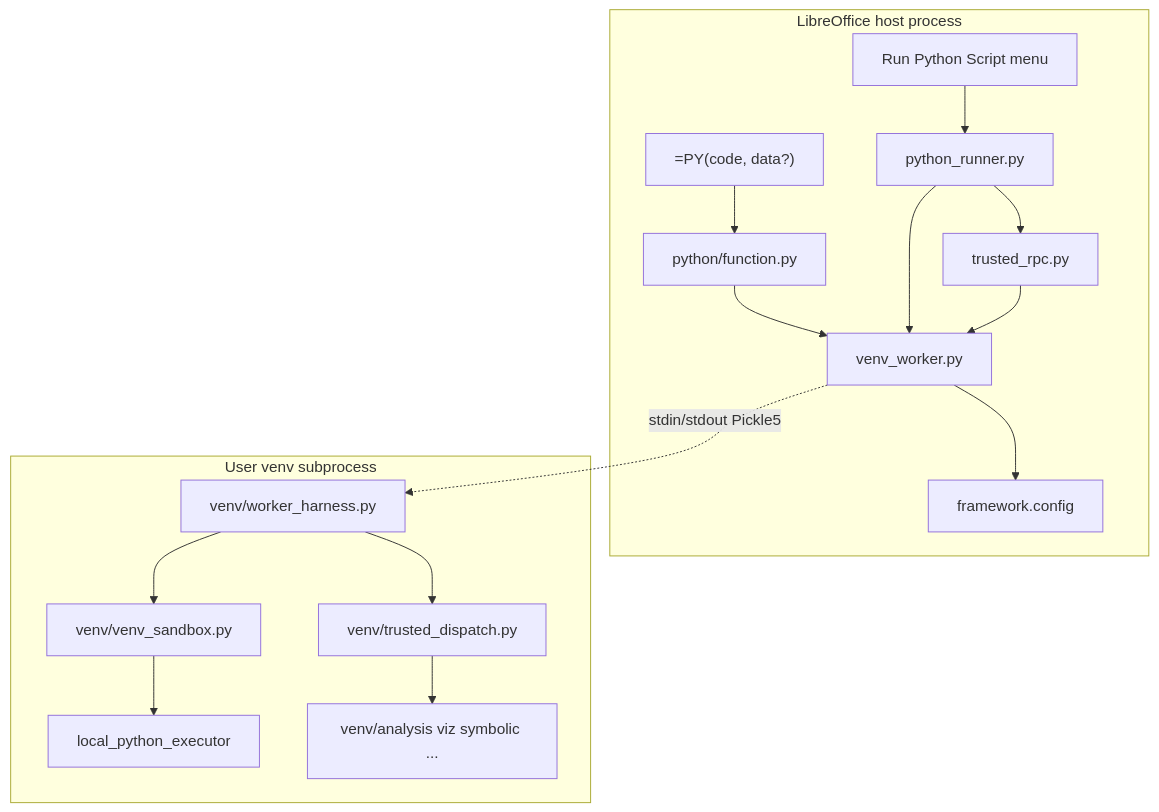
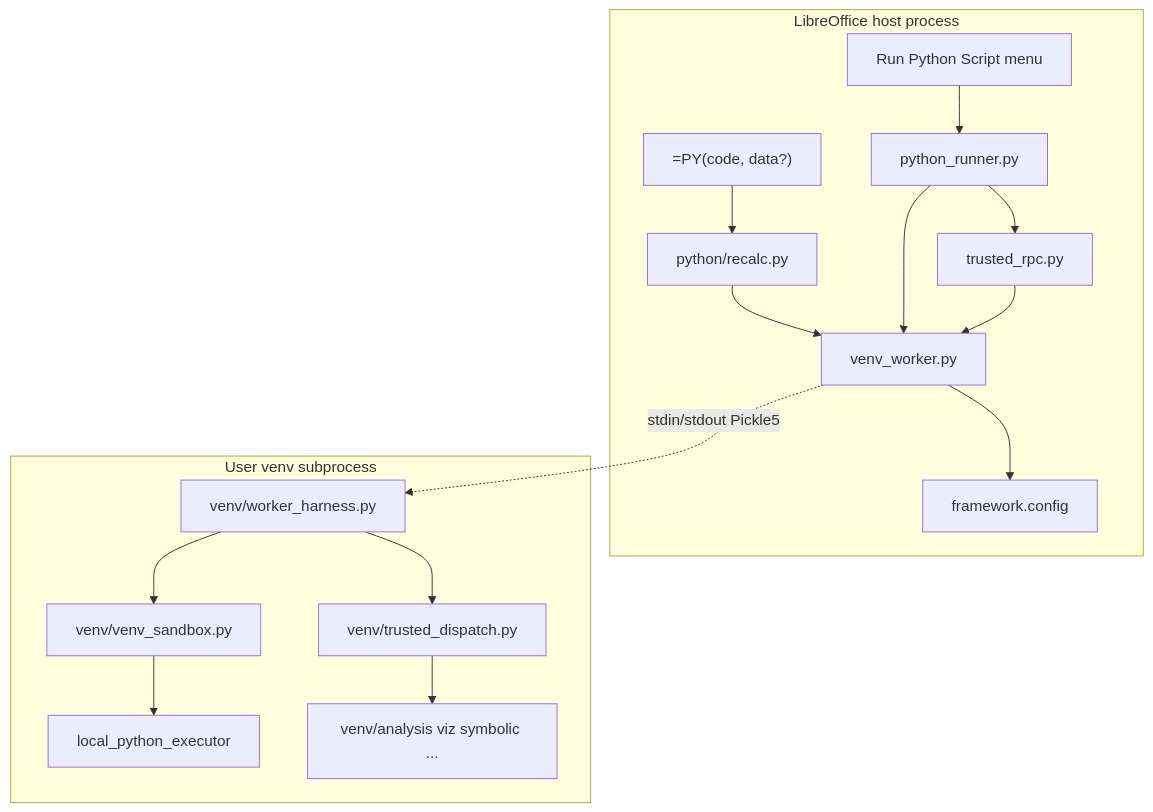
Before and after one commit to KeithCu/writeragent: the second of 9 diagrams in docs/scripting/librepy-split.md, drawn with Mermaid. The commit also changed other lines of this file and 46 other files, not shown here.

Commit message:
calc: split function.py into recalc, spill, addin_values, and undo

````diff
--- a/docs/scripting/librepy-split.md
+++ b/docs/scripting/librepy-split.md
@@ -128,26 +128,26 @@
 ```mermaid
 flowchart TB
   subgraph loHost [LibreOffice host process]
     PY["=PY(code, data?)"]
     RPS[Run Python Script menu]
-    PF[python/function.py]
+    PF[python/recalc.py]
     PR[python_runner.py]
     TR[trusted_rpc.py]
     VW[venv_worker.py]
     CFG[framework.config]
   end
   subgraph child [User venv subprocess]
     WH[venv/worker_harness.py]
     TD[venv/trusted_dispatch.py]
     VS[venv/venv_sandbox.py]
     LPE[local_python_executor]
     DOM[venv/analysis viz symbolic ...]
   end
   PY --> PF --> VW
   RPS --> PR --> VW
   PR --> TR --> VW
   VW --> CFG
   VW -.->|stdin/stdout Pickle5| WH
   WH --> VS --> LPE
   WH --> TD --> DOM
 ```
````
